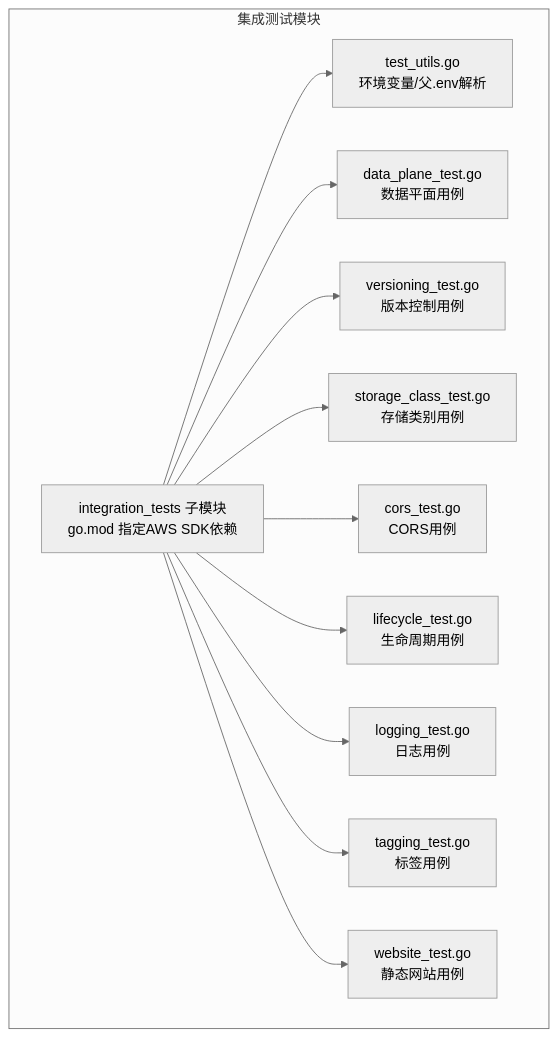
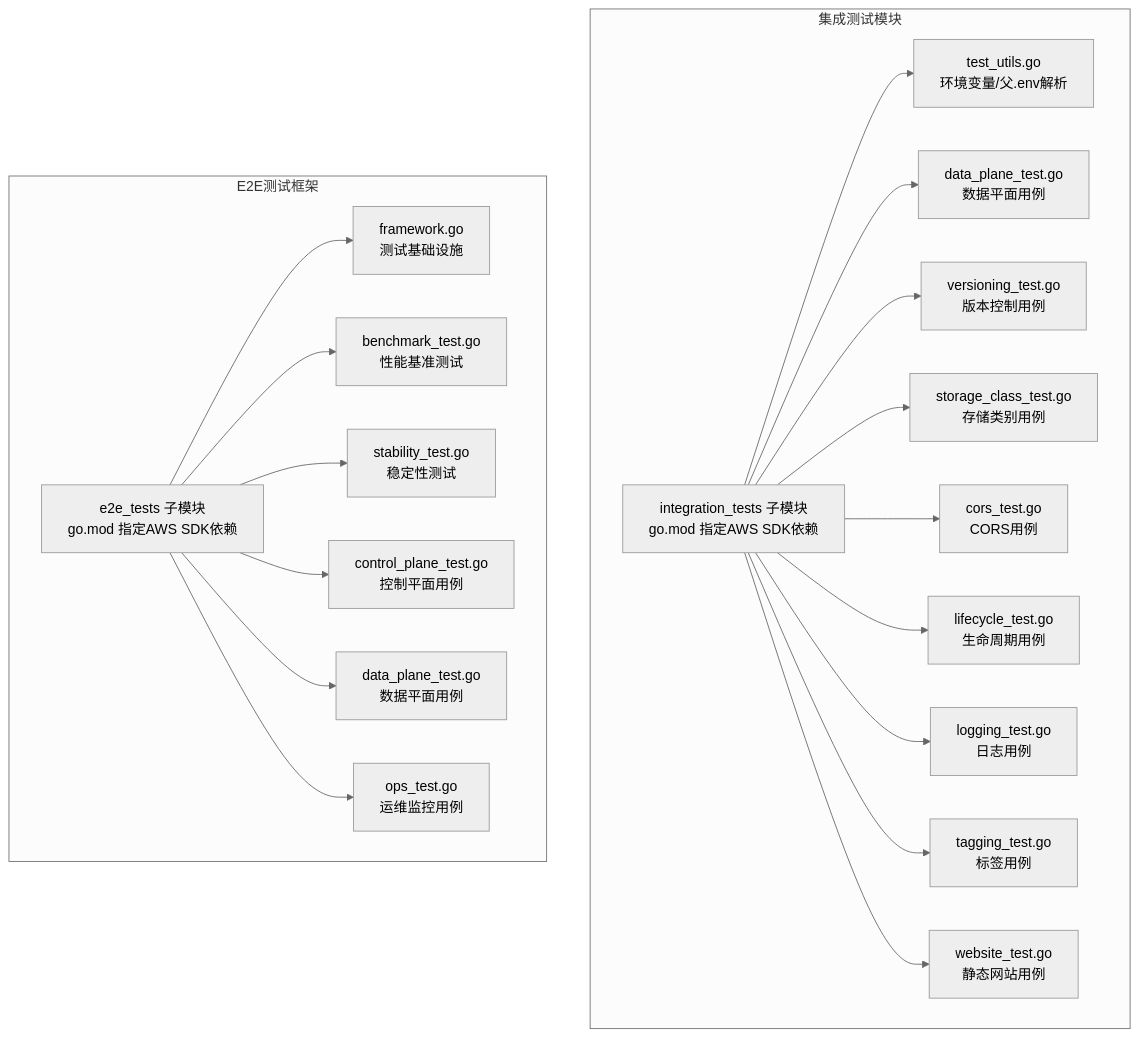
The first of 9 diagrams in .qoder/repowiki/zh/content/测试策略/集成测试.md (flying1574/S3Proxy4GCS), drawn with Mermaid (neutral theme) before and after one commit. The commit also changed other lines of this file and 6 other files, not shown here.

````diff
--- a/.qoder/repowiki/zh/content/测试策略/集成测试.md
+++ b/.qoder/repowiki/zh/content/测试策略/集成测试.md
@@ -38,24 +55,39 @@
 ```mermaid
 graph TB
 subgraph "集成测试模块"
 IT["integration_tests 子模块<br/>go.mod 指定AWS SDK依赖"]
 TU["test_utils.go<br/>环境变量/父.env解析"]
 DP["data_plane_test.go<br/>数据平面用例"]
 VER["versioning_test.go<br/>版本控制用例"]
 SC["storage_class_test.go<br/>存储类别用例"]
 CORS["cors_test.go<br/>CORS用例"]
 LIFE["lifecycle_test.go<br/>生命周期用例"]
 LOG["logging_test.go<br/>日志用例"]
 TAG["tagging_test.go<br/>标签用例"]
 WEB["website_test.go<br/>静态网站用例"]
 end
+subgraph "E2E测试框架"
+E2E["e2e_tests 子模块<br/>go.mod 指定AWS SDK依赖"]
+FW["framework.go<br/>测试基础设施"]
+BENCH["benchmark_test.go<br/>性能基准测试"]
+STAB["stability_test.go<br/>稳定性测试"]
+CP["control_plane_test.go<br/>控制平面用例"]
+DP2["data_plane_test.go<br/>数据平面用例"]
+OPS["ops_test.go<br/>运维监控用例"]
+end
 IT --> TU
 IT --> DP
 IT --> VER
 IT --> SC
 IT --> CORS
 IT --> LIFE
 IT --> LOG
 IT --> TAG
 IT --> WEB
+E2E --> FW
+E2E --> BENCH
+E2E --> STAB
+E2E --> CP
+E2E --> DP2
+E2E --> OPS
 ```
````
